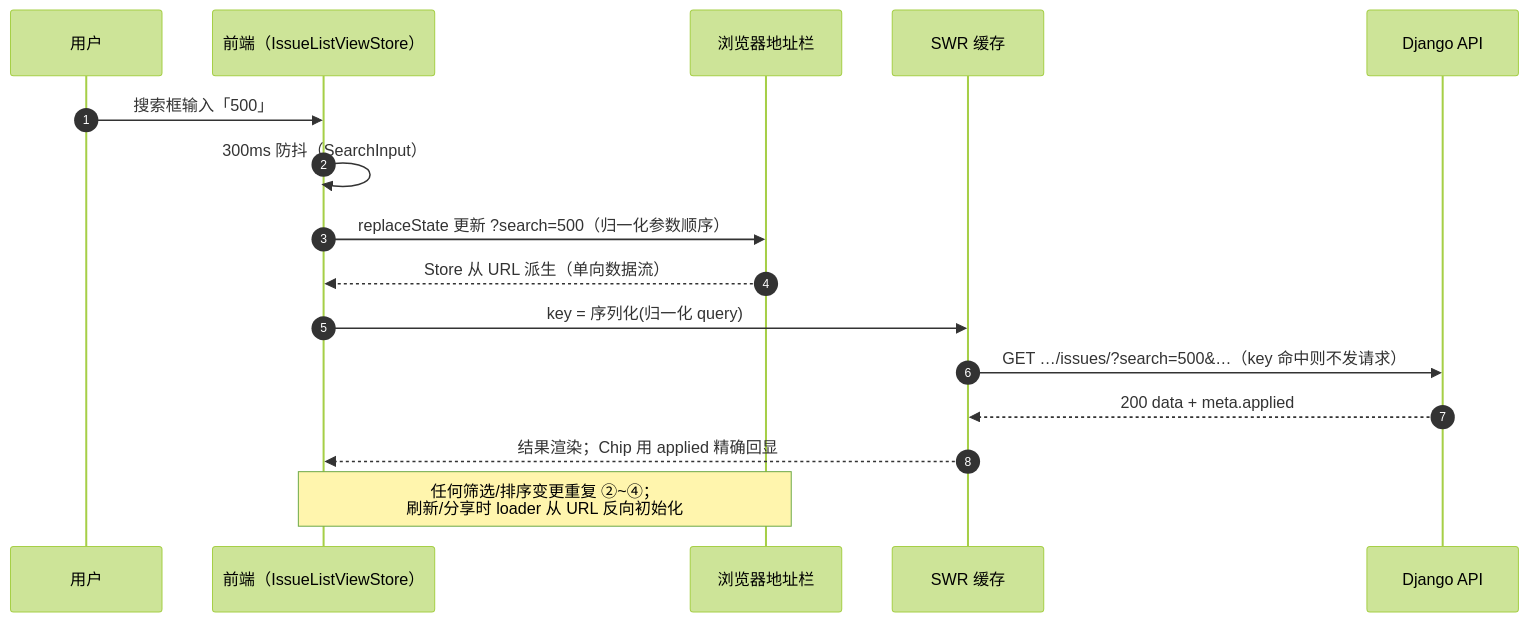
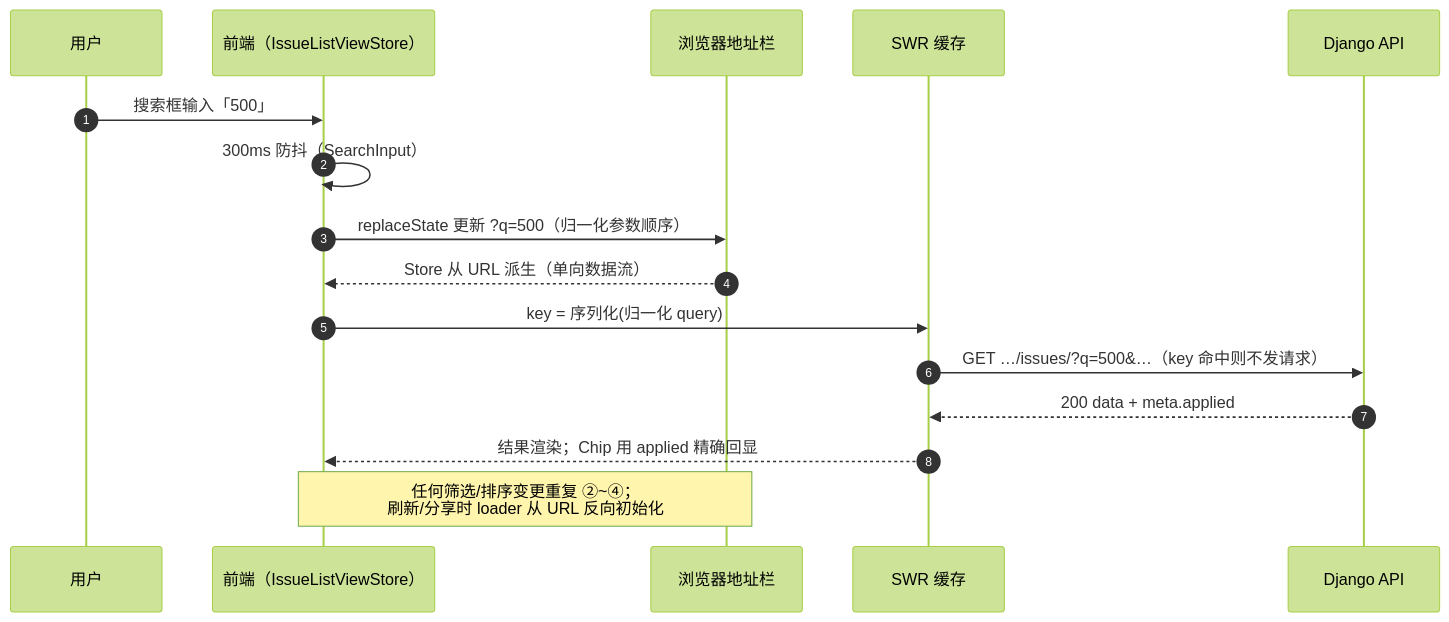
Before and after one commit to RabbitAI-Lab/RabbitProjects: the second of 3 diagrams in docs/sprint-1-mvp/TASK-003-list-filter-sort.md, drawn with Mermaid (forest theme). The commit also changed other lines of this file and 191 other files, not shown here.

````diff
--- a/docs/sprint-1-mvp/TASK-003-list-filter-sort.md
+++ b/docs/sprint-1-mvp/TASK-003-list-filter-sort.md
@@ -149,19 +149,19 @@
 ```mermaid
 sequenceDiagram
     autonumber
     participant U as 用户
     participant FE as 前端（IssueListViewStore）
     participant URL as 浏览器地址栏
     participant SWR as SWR 缓存
     participant API as Django API
 
     U->>FE: 搜索框输入「500」
     FE->>FE: 300ms 防抖（SearchInput）
-    FE->>URL: replaceState 更新 ?search=500（归一化参数顺序）
+    FE->>URL: replaceState 更新 ?q=500（归一化参数顺序）
     URL-->>FE: Store 从 URL 派生（单向数据流）
     FE->>SWR: key = 序列化(归一化 query)
-    SWR->>API: GET …/issues/?search=500&…（key 命中则不发请求）
+    SWR->>API: GET …/issues/?q=500&…（key 命中则不发请求）
     API-->>SWR: 200 data + meta.applied
     SWR-->>FE: 结果渲染；Chip 用 applied 精确回显
     Note over FE,URL: 任何筛选/排序变更重复 ②~④；<br/>刷新/分享时 loader 从 URL 反向初始化
 ```
````
